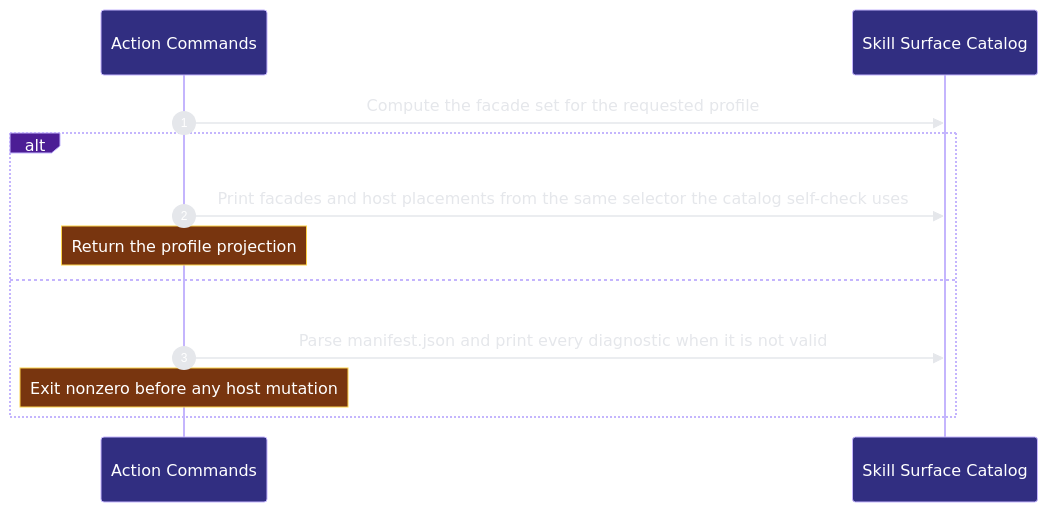
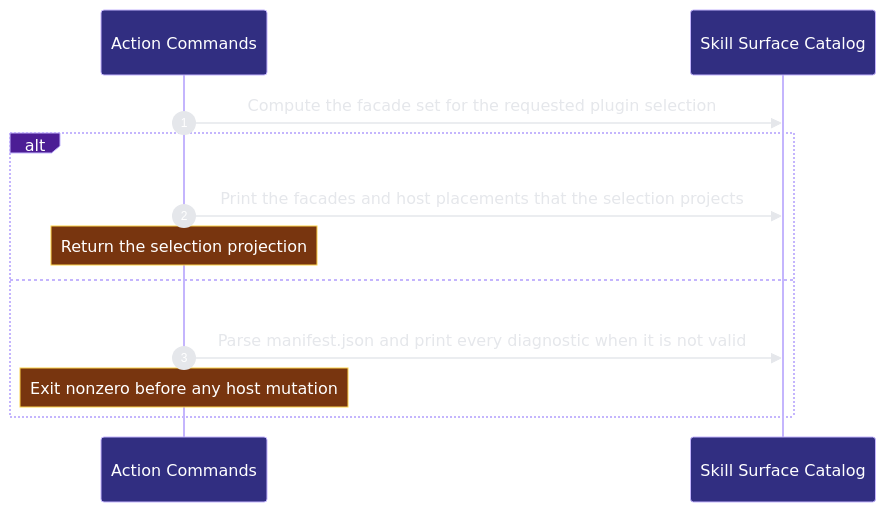
Before and after one commit to Ancienttwo/repo-harness: the third of 3 diagrams in docs/architecture/modules/public-surface/action-commands.md, drawn with Mermaid. The commit also changed other lines of this file and 14 other files, not shown here.

First line of the commit message:
chore(projection): refresh generated architecture outputs for main@ccdc0587af67

````diff
--- a/docs/architecture/modules/public-surface/action-commands.md
+++ b/docs/architecture/modules/public-surface/action-commands.md
@@ -108,15 +109,15 @@
 ```mermaid
 %%{init: {"theme":"base","themeVariables":{"background":"#0d1117","actorBkg":"#312e81","actorBorder":"#c4b5fd","actorTextColor":"#ffffff","signalColor":"#e5e7eb","signalTextColor":"#e5e7eb","labelBoxBkgColor":"#4c1d95","labelBoxBorderColor":"#c4b5fd","labelTextColor":"#ffffff","noteBkgColor":"#78350f","noteBorderColor":"#fcd34d","noteTextColor":"#ffffff","sequenceNumberColor":"#ffffff"}}}%%
 sequenceDiagram
   autonumber
   participant p2_capability_4262990f as Action Commands
   participant p2_catalog_12ea5e22 as Skill Surface Catalog
-  p2_capability_4262990f->>p2_catalog_12ea5e22: Compute the facade set for the requested profile
+  p2_capability_4262990f->>p2_catalog_12ea5e22: Compute the facade set for the requested plugin selection
   alt Projection is printed for the sync script
-  p2_capability_4262990f->>p2_catalog_12ea5e22: Print facades and host placements from the same selector the catalog self-check uses
-    Note over p2_capability_4262990f: Return the profile projection
+  p2_capability_4262990f->>p2_catalog_12ea5e22: Print the facades and host placements that the selection projects
+    Note over p2_capability_4262990f: Return the selection projection
   else Manifest is missing or invalid
   p2_capability_4262990f->>p2_catalog_12ea5e22: Parse manifest.json and print every diagnostic when it is not valid
     Note over p2_capability_4262990f: Exit nonzero before any host mutation
   end
 ```
````
